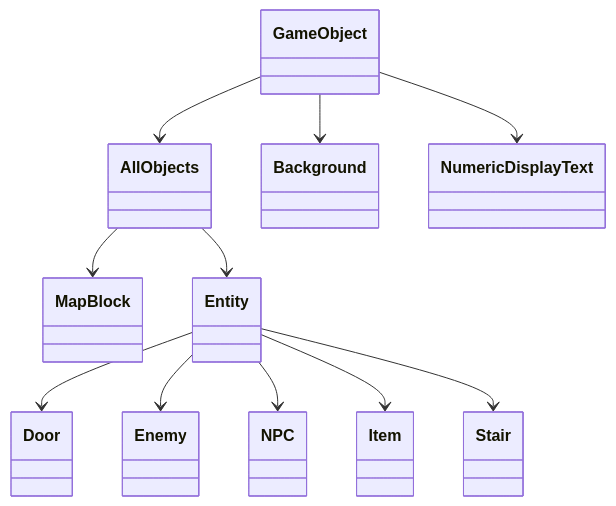
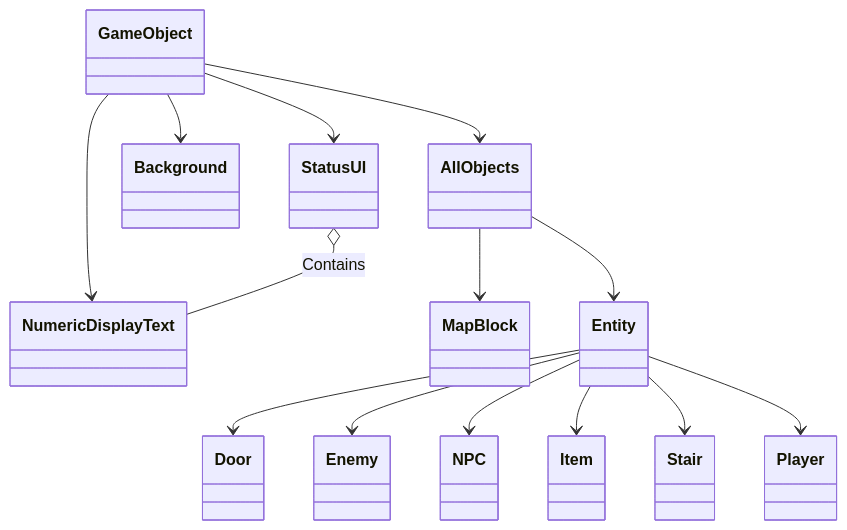
One commit to XWJWPIY/schoolwork_recreate_magic_tower changed the diagram in Constructure.md. Above: the diagram before and after it, drawn with Mermaid. The commit also changed other lines of this file and 22 other files, not shown here.

````diff
--- a/Constructure.md
+++ b/Constructure.md
@@ -3,17 +3,21 @@
 ```mermaid
 classDiagram
     FloorMap
 
     GameObject --> AllObjects
     GameObject --> Background
     GameObject --> NumericDisplayText
+    GameObject --> StatusUI
     
     AllObjects --> MapBlock
     AllObjects --> Entity
     
     Entity --> Door
     Entity --> Enemy
     Entity --> NPC
     Entity --> Item
     Entity --> Stair
+    Entity --> Player
+    
+    StatusUI o-- NumericDisplayText : Contains
 ```
````
